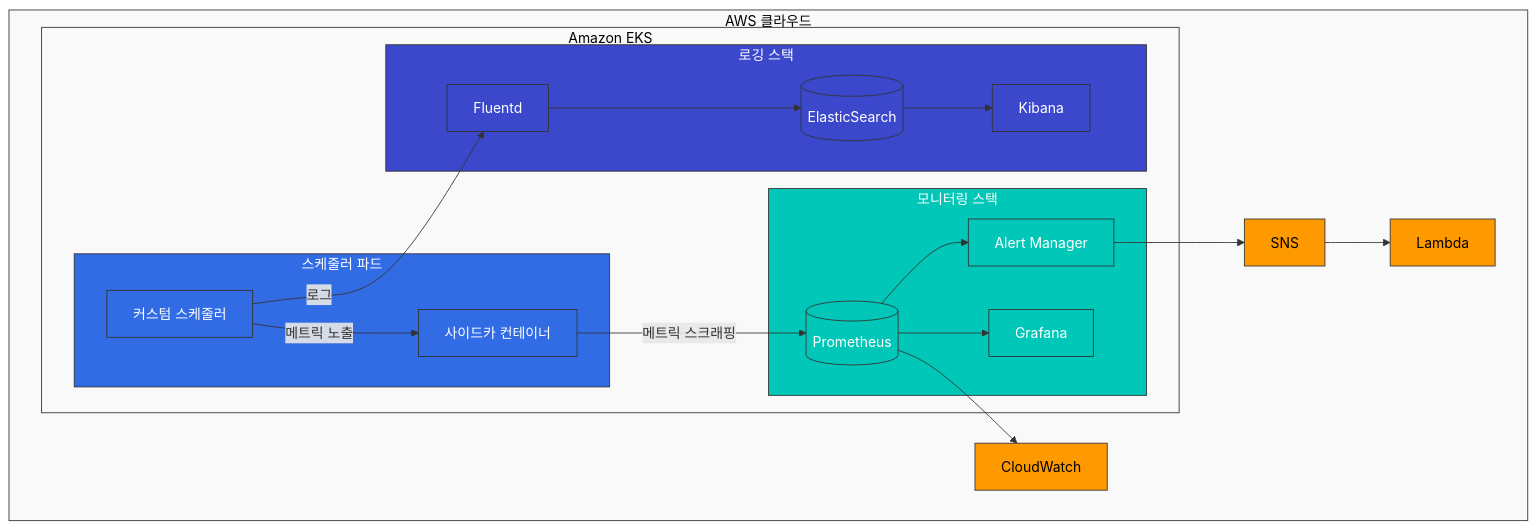
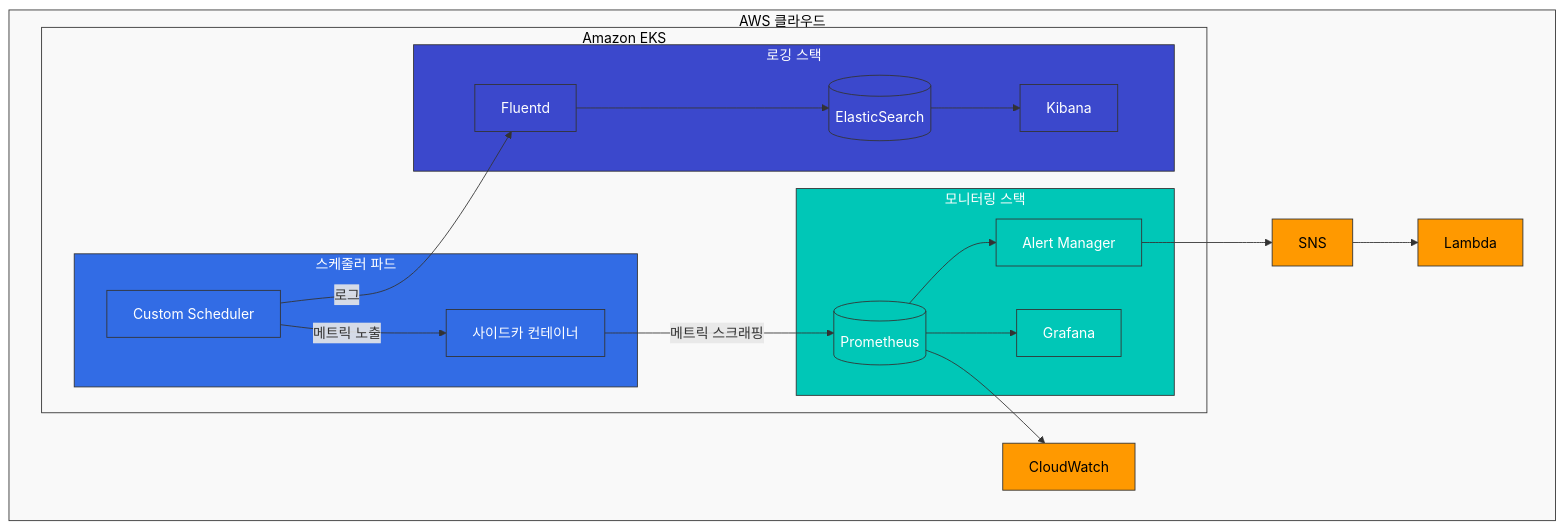
Before and after one commit to Atom-oh/kubernetes-docs: the fifth of 6 diagrams in advanced/02-custom-scheduler-part3.md, drawn with Mermaid. The commit also changed other lines of this file and 2 other files, not shown here.

Commit message:
Update custom scheduler files with standardized title format and fixed mermaid diagrams

````diff
--- a/advanced/02-custom-scheduler-part3.md
+++ b/advanced/02-custom-scheduler-part3.md
@@ -529,50 +529,50 @@
 ```mermaid
 flowchart TD
     subgraph AWS [AWS 클라우드]
         subgraph EKS [Amazon EKS]
             subgraph SchedulerPods [스케줄러 파드]
-                CustomScheduler[커스텀 스케줄러]
+                CustomScheduler[Custom Scheduler]
                 SchedulerSidecar[사이드카 컨테이너]
             end
             
             subgraph MonitoringStack [모니터링 스택]
                 Prometheus[(Prometheus)]
                 AlertManager[Alert Manager]
                 Grafana[Grafana]
             end
             
             subgraph LoggingStack [로깅 스택]
                 Fluentd[Fluentd]
                 ElasticSearch[(ElasticSearch)]
                 Kibana[Kibana]
             end
         end
         
         CloudWatch[CloudWatch]
         SNS[SNS]
         Lambda[Lambda]
     end
     
     CustomScheduler -- 메트릭 노출 --> SchedulerSidecar
     SchedulerSidecar -- 메트릭 스크래핑 --> Prometheus
     CustomScheduler -- 로그 --> Fluentd
     Fluentd --> ElasticSearch
     ElasticSearch --> Kibana
     Prometheus --> AlertManager
     AlertManager --> SNS
     Prometheus --> Grafana
     Prometheus --> CloudWatch
     SNS --> Lambda
     
     classDef awsService fill:#FF9900,stroke:#333,stroke-width:1px,color:black;
     classDef k8sComponent fill:#326CE5,stroke:#333,stroke-width:1px,color:white;
     classDef monitoringComponent fill:#00C7B7,stroke:#333,stroke-width:1px,color:white;
     classDef loggingComponent fill:#3B48CC,stroke:#333,stroke-width:1px,color:white;
     classDef default fill:#f9f9f9,stroke:#333,stroke-width:1px,color:black;
     
     class CloudWatch,SNS,Lambda awsService;
     class CustomScheduler,SchedulerSidecar,SchedulerPods k8sComponent;
     class Prometheus,AlertManager,Grafana,MonitoringStack monitoringComponent;
     class Fluentd,ElasticSearch,Kibana,LoggingStack loggingComponent;
     class AWS,EKS default;
 ```
````
